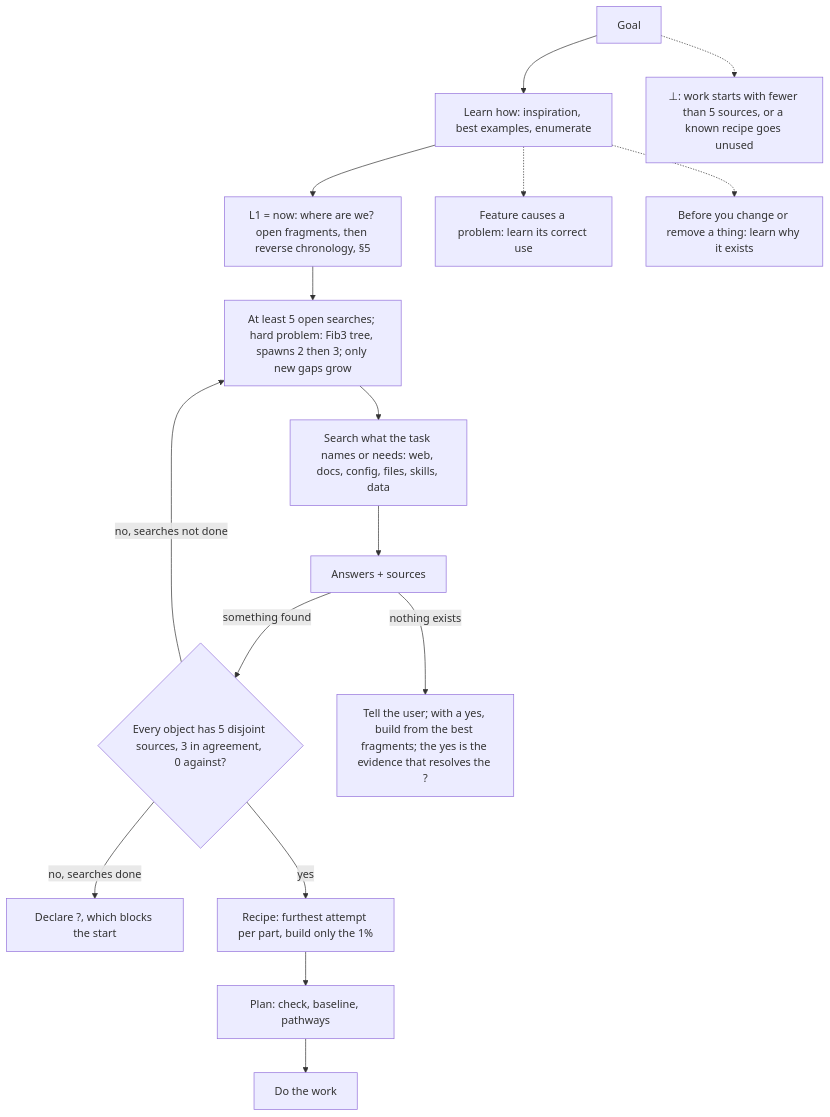
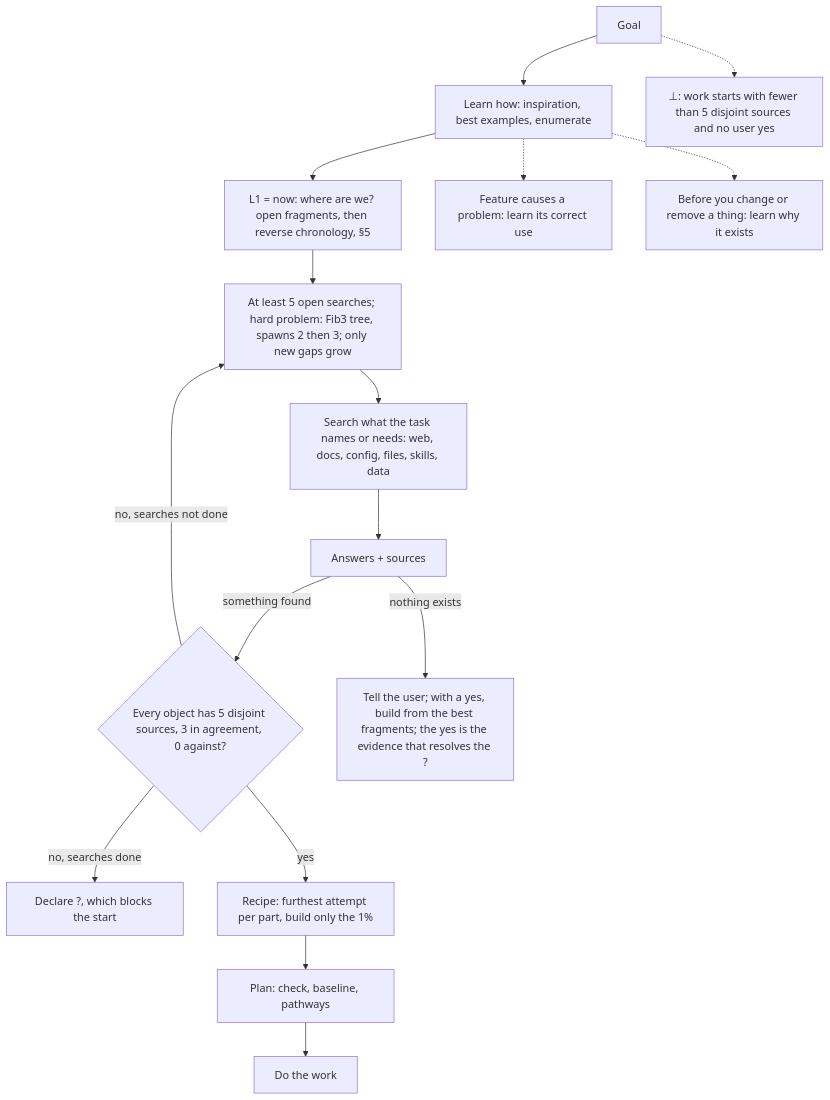
The fourth of 14 diagrams in AGENTS.md (SolenixAI/arbiter), drawn with Mermaid before and after one commit. The commit also changed other lines of this file, not shown here.

````diff
--- a/AGENTS.md
+++ b/AGENTS.md
@@ -219,12 +219,12 @@
 ```mermaid
 flowchart TD
   G[Goal] --> L[Learn how: inspiration, best examples, enumerate] --> F1["L1 = now: where are we? open fragments, then reverse chronology, §5"] --> Q["At least 5 open searches; hard problem: Fib3 tree, spawns 2 then 3; only new gaps grow"] --> S[Search what the task names or needs: web, docs, config, files, skills, data]
   S --> A[Answers + sources] -->|something found| N{Every object has 5 disjoint sources, 3 in agreement, 0 against?}
   N -->|no, searches not done| Q
   N -->|no, searches done| X3["Declare ?, which blocks the start"]
   N -->|yes| R[Recipe: furthest attempt per part, build only the 1%] --> P[Plan: check, baseline, pathways] --> B[Do the work]
   A -->|nothing exists| U["Tell the user; with a yes, build from the best fragments; the yes is the evidence that resolves the ?"]
   L -.-> NB[Feature causes a problem: learn its correct use]
   L -.-> CF[Before you change or remove a thing: learn why it exists]
-  G -.-> BOT["⊥: work starts with fewer than 5 sources, or a known recipe goes unused"]
+  G -.-> BOT["⊥: work starts with fewer than 5 disjoint sources and no user yes"]
 ```
````
